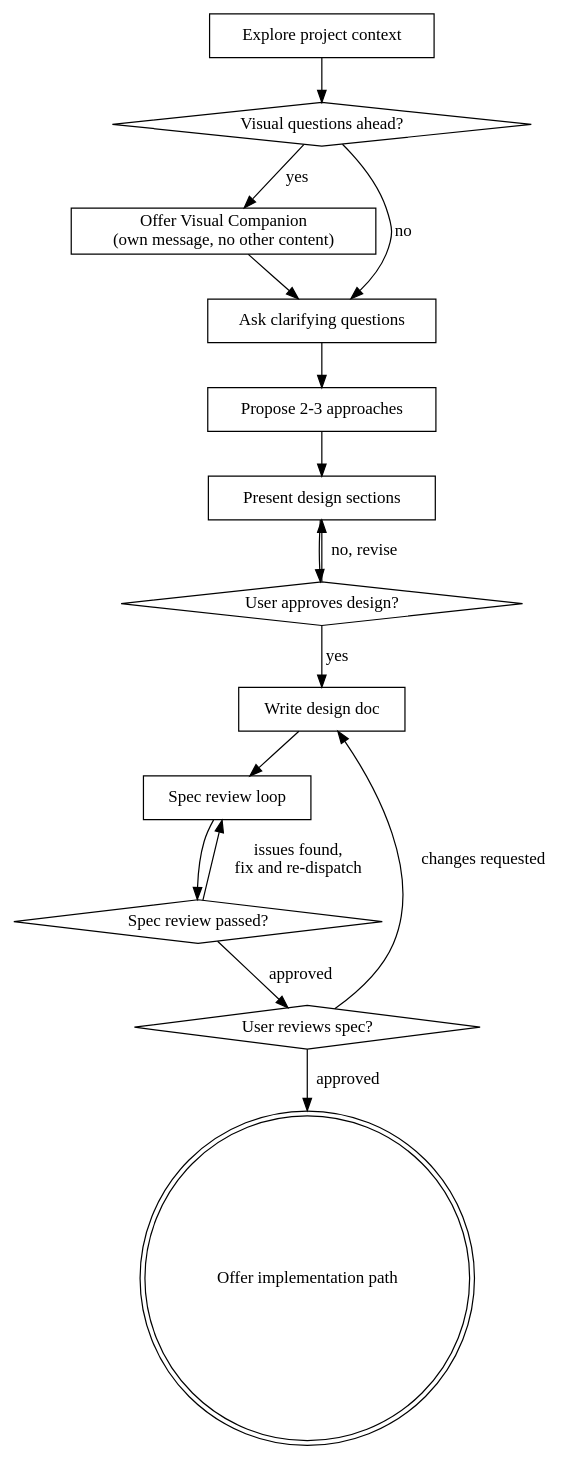
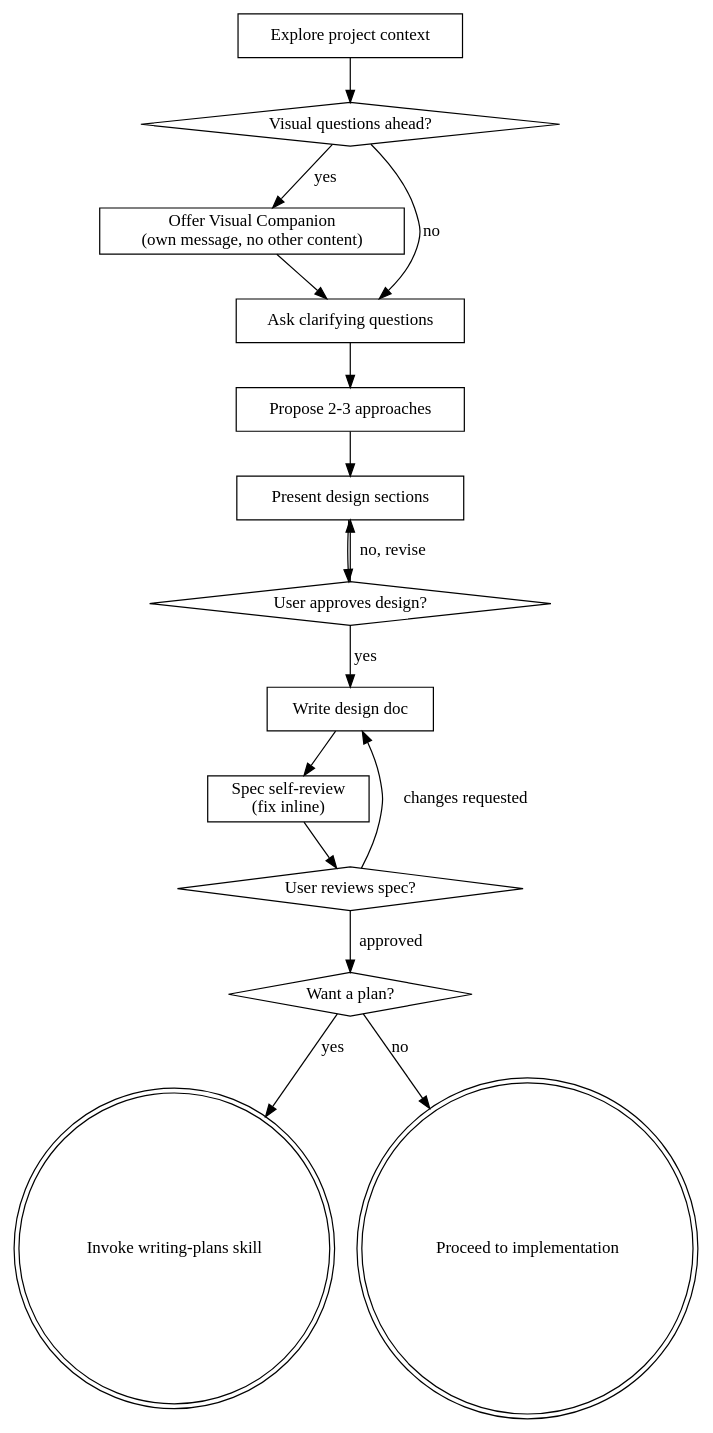
The diagram in configs/agents/skills/brainstorming/SKILL.md (Ehrax/dotfiles), drawn with Graphviz before and after one commit. The commit also changed other lines of this file and 56 other files, not shown here.

````diff
--- a/configs/agents/skills/brainstorming/SKILL.md
+++ b/configs/agents/skills/brainstorming/SKILL.md
@@ -36,32 +36,33 @@
 ```dot
 digraph brainstorming {
     "Explore project context" [shape=box];
     "Visual questions ahead?" [shape=diamond];
     "Offer Visual Companion\n(own message, no other content)" [shape=box];
     "Ask clarifying questions" [shape=box];
     "Propose 2-3 approaches" [shape=box];
     "Present design sections" [shape=box];
     "User approves design?" [shape=diamond];
     "Write design doc" [shape=box];
-    "Spec review loop" [shape=box];
-    "Spec review passed?" [shape=diamond];
+    "Spec self-review\n(fix inline)" [shape=box];
     "User reviews spec?" [shape=diamond];
-    "Offer implementation path" [shape=doublecircle];
+    "Invoke writing-plans skill" [shape=doublecircle];
 
     "Explore project context" -> "Visual questions ahead?";
     "Visual questions ahead?" -> "Offer Visual Companion\n(own message, no other content)" [label="yes"];
     "Visual questions ahead?" -> "Ask clarifying questions" [label="no"];
     "Offer Visual Companion\n(own message, no other content)" -> "Ask clarifying questions";
     "Ask clarifying questions" -> "Propose 2-3 approaches";
     "Propose 2-3 approaches" -> "Present design sections";
     "Present design sections" -> "User approves design?";
     "User approves design?" -> "Present design sections" [label="no, revise"];
     "User approves design?" -> "Write design doc" [label="yes"];
-    "Write design doc" -> "Spec review loop";
-    "Spec review loop" -> "Spec review passed?";
-    "Spec review passed?" -> "Spec review loop" [label="issues found,\nfix and re-dispatch"];
-    "Spec review passed?" -> "User reviews spec?" [label="approved"];
+    "Write design doc" -> "Spec self-review\n(fix inline)";
+    "Spec self-review\n(fix inline)" -> "User reviews spec?";
     "User reviews spec?" -> "Write design doc" [label="changes requested"];
-    "User reviews spec?" -> "Offer implementation path" [label="approved"];
+    "User reviews spec?" -> "Want a plan?" [label="approved"];
+    "Want a plan?" [shape=diamond];
+    "Want a plan?" -> "Invoke writing-plans skill" [label="yes"];
+    "Want a plan?" -> "Proceed to implementation" [label="no"];
+    "Proceed to implementation" [shape=doublecircle];
 }
 ```
````
